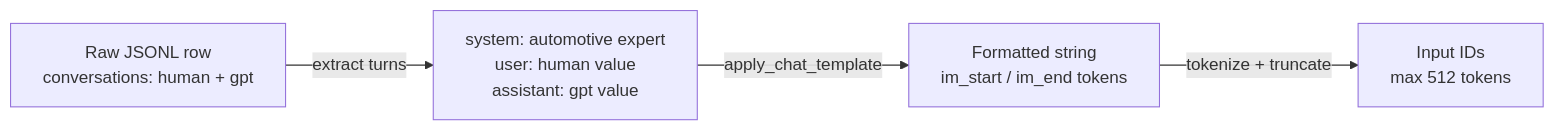
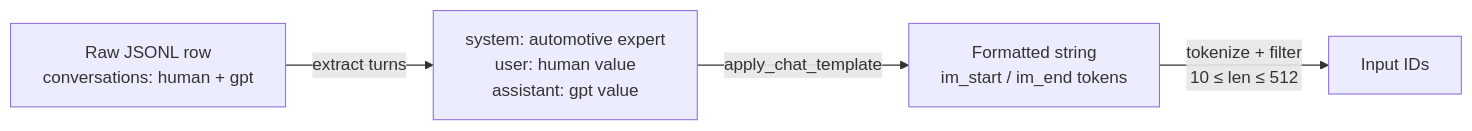
The fourth of 4 diagrams in README.md (nasim-raj-laskar/QwenDrive-QLoRA), drawn with Mermaid before and after one commit. The commit also changed other lines of this file, not shown here.

````diff
--- a/README.md
+++ b/README.md
@@ -107,6 +109,6 @@
 ```mermaid
 flowchart LR
     A[Raw JSONL row\nconversations: human + gpt] -->|extract turns| B[system: automotive expert\nuser: human value\nassistant: gpt value]
     B -->|apply_chat_template| C[Formatted string\nim_start / im_end tokens]
-    C -->|tokenize + truncate| D[Input IDs\nmax 512 tokens]
+    C -->|tokenize + filter\n10 ≤ len ≤ 512| D[Input IDs]
 ```
````
